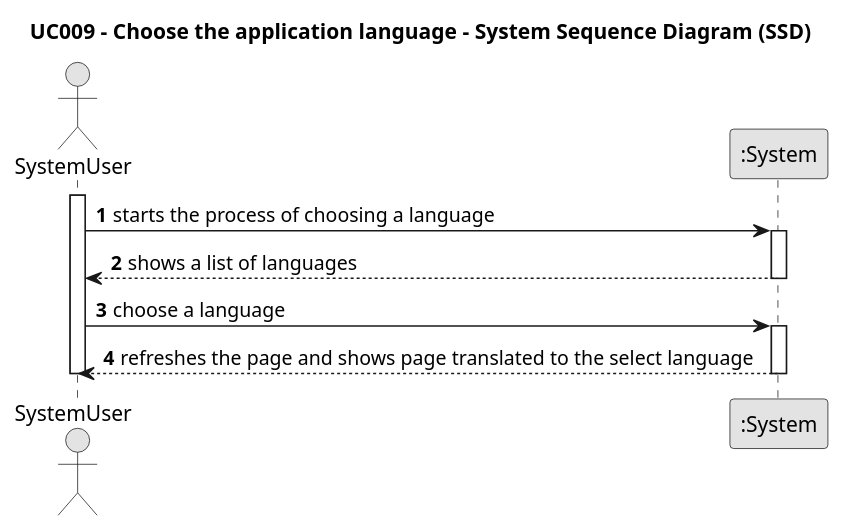
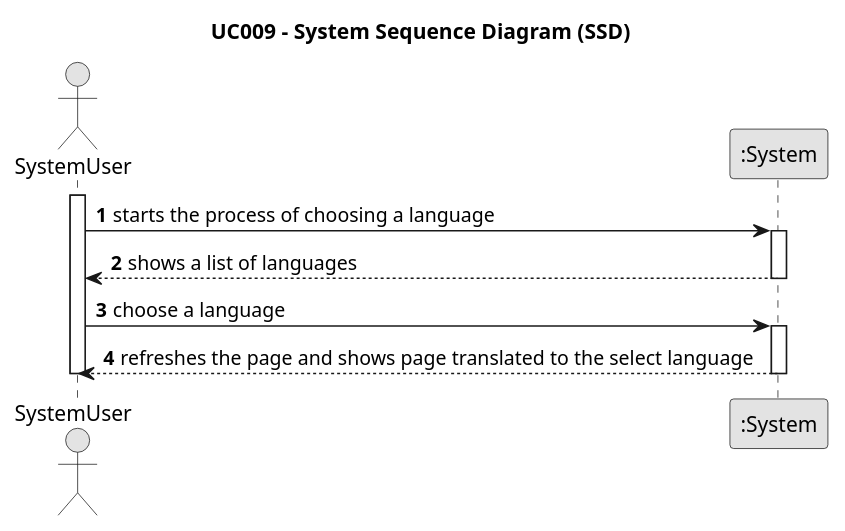
The diagram in javaSprint2GladlyGiven/Docs/UseCases/uc009/us009-SSD.puml (tbarracha/Upskill-Sprint-2-Gladly-Given), drawn with PlantUML before and after one commit. The commit also changed 8 other files, not shown here.

```diff
--- a/javaSprint2GladlyGiven/Docs/UseCases/uc009/us009-SSD.puml
+++ b/javaSprint2GladlyGiven/Docs/UseCases/uc009/us009-SSD.puml
@@ -1,27 +1,27 @@
 @startuml
 skinparam monochrome true
 skinparam packageStyle rectangle
 skinparam shadowing false
 
-title UC009 - Choose the application language - System Sequence Diagram (SSD)
+title UC009 - System Sequence Diagram (SSD)
 
 autonumber
 
 actor SystemUser
 participant ":System" as System
 
 activate SystemUser
     SystemUser -> System : starts the process of choosing a language
     activate System
         System --> SystemUser : shows a list of languages
     deactivate System
 
     SystemUser -> System : choose a language
 
     activate System
         System --> SystemUser : refreshes the page and shows page translated to the select language
     deactivate System
 
 deactivate SystemUser
 
 @enduml
```
